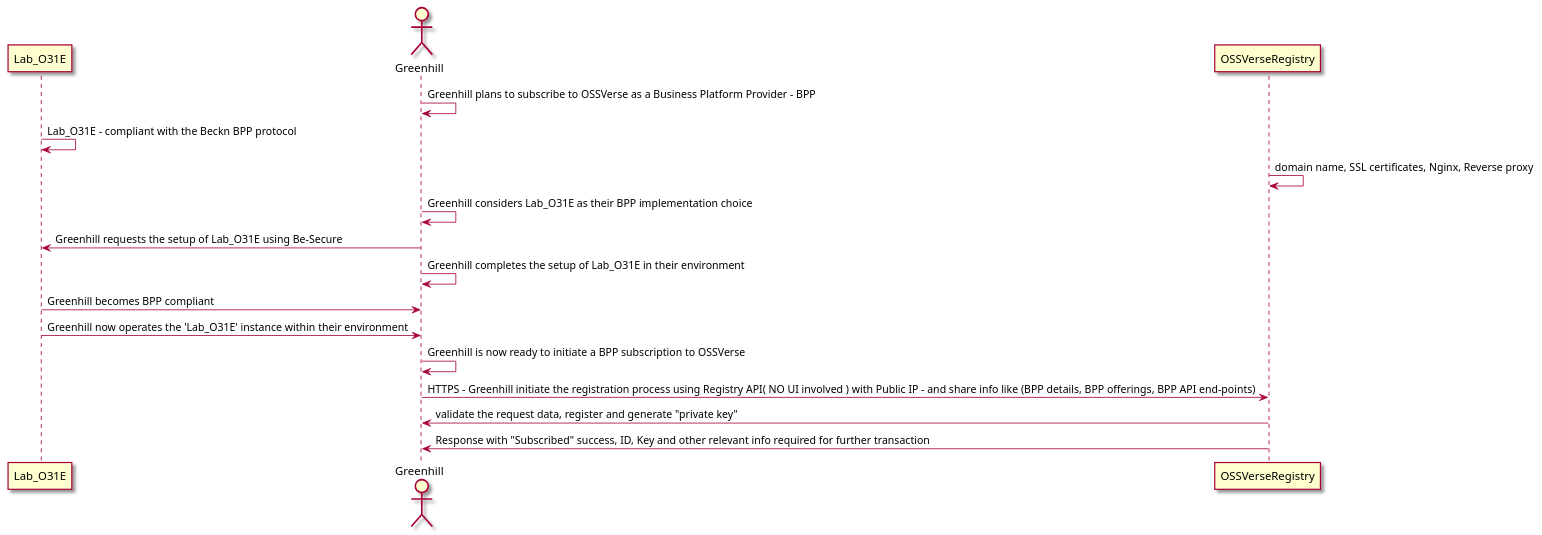
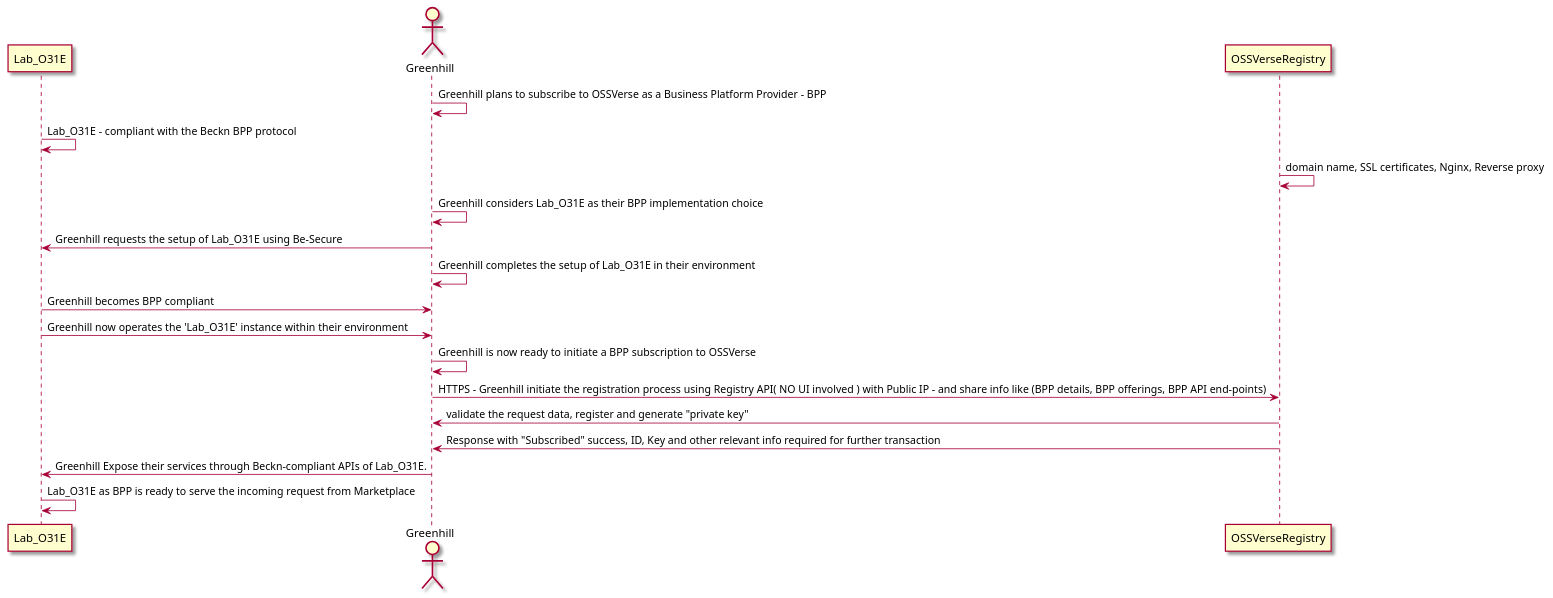
Before and after one commit to OSSVerse/OSSVerse: the diagram in docs/puml/TechnicalArchitecture_BPP_onboarding.puml, drawn with PlantUML. The commit also changed 2 other files, not shown here.

Commit message:
Architecture deesign - search

```diff
--- a/docs/puml/TechnicalArchitecture_BPP_onboarding.puml
+++ b/docs/puml/TechnicalArchitecture_BPP_onboarding.puml
@@ -1,24 +1,27 @@
 @startuml
 
 skin rose
 actor Greenhill as Greenhill
 Greenhill -> Greenhill: Greenhill plans to subscribe to OSSVerse as a Business Platform Provider - BPP
 
 
 Lab_O31E -> Lab_O31E: Lab_O31E - compliant with the Beckn BPP protocol
 actor Greenhill as Greenhill
 OSSVerseRegistry -> OSSVerseRegistry: domain name, SSL certificates, Nginx, Reverse proxy 
 
 
 Greenhill -> Greenhill: Greenhill considers Lab_O31E as their BPP implementation choice
 Greenhill -> Lab_O31E: Greenhill requests the setup of Lab_O31E using Be-Secure
 Greenhill -> Greenhill: Greenhill completes the setup of Lab_O31E in their environment
 Lab_O31E -> Greenhill: Greenhill becomes BPP compliant
 Lab_O31E -> Greenhill: Greenhill now operates the 'Lab_O31E' instance within their environment
 Greenhill -> Greenhill: Greenhill is now ready to initiate a BPP subscription to OSSVerse
 Greenhill -> OSSVerseRegistry: HTTPS - Greenhill initiate the registration process using Registry API( NO UI involved ) with Public IP - and share info like (BPP details, BPP offerings, BPP API end-points)
 
 OSSVerseRegistry -> Greenhill: validate the request data, register and generate "private key"
 OSSVerseRegistry -> Greenhill: Response with "Subscribed" success, ID, Key and other relevant info required for further transaction
 
+Greenhill -> Lab_O31E: Greenhill Expose their services through Beckn-compliant APIs of Lab_O31E.
+Lab_O31E -> Lab_O31E: Lab_O31E as BPP is ready to serve the incoming request from Marketplace
+
 @enduml
```
